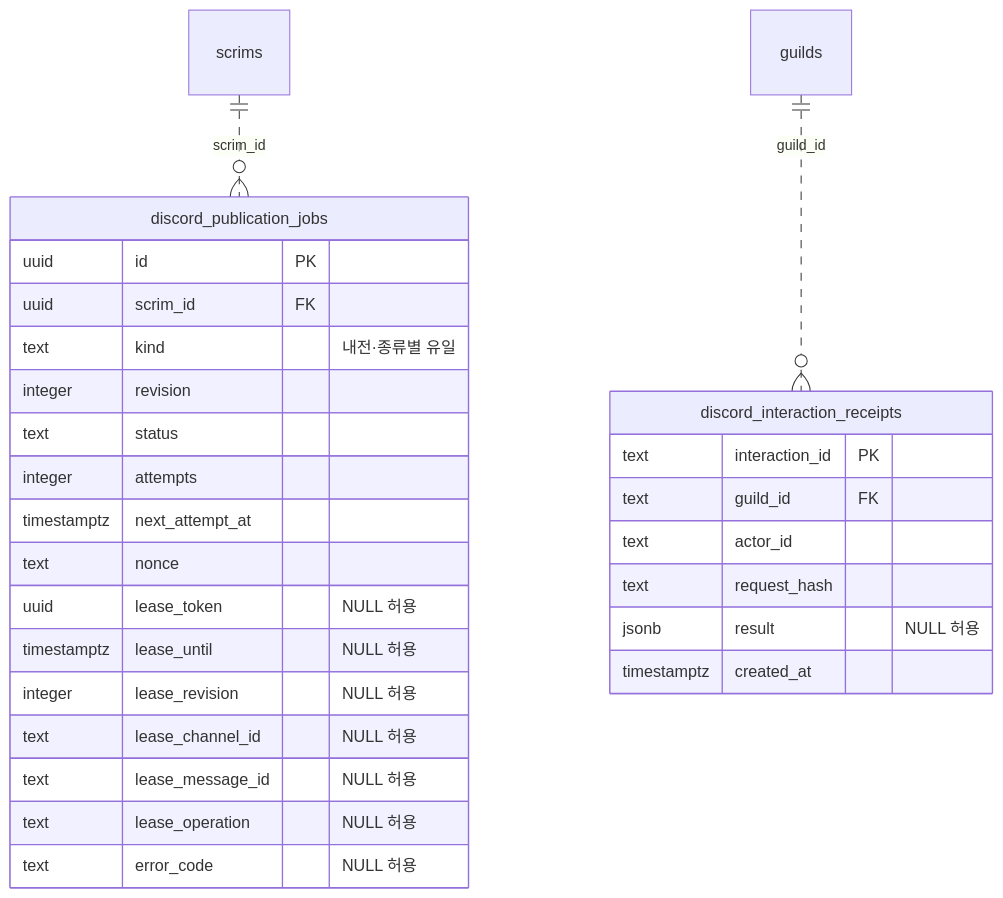
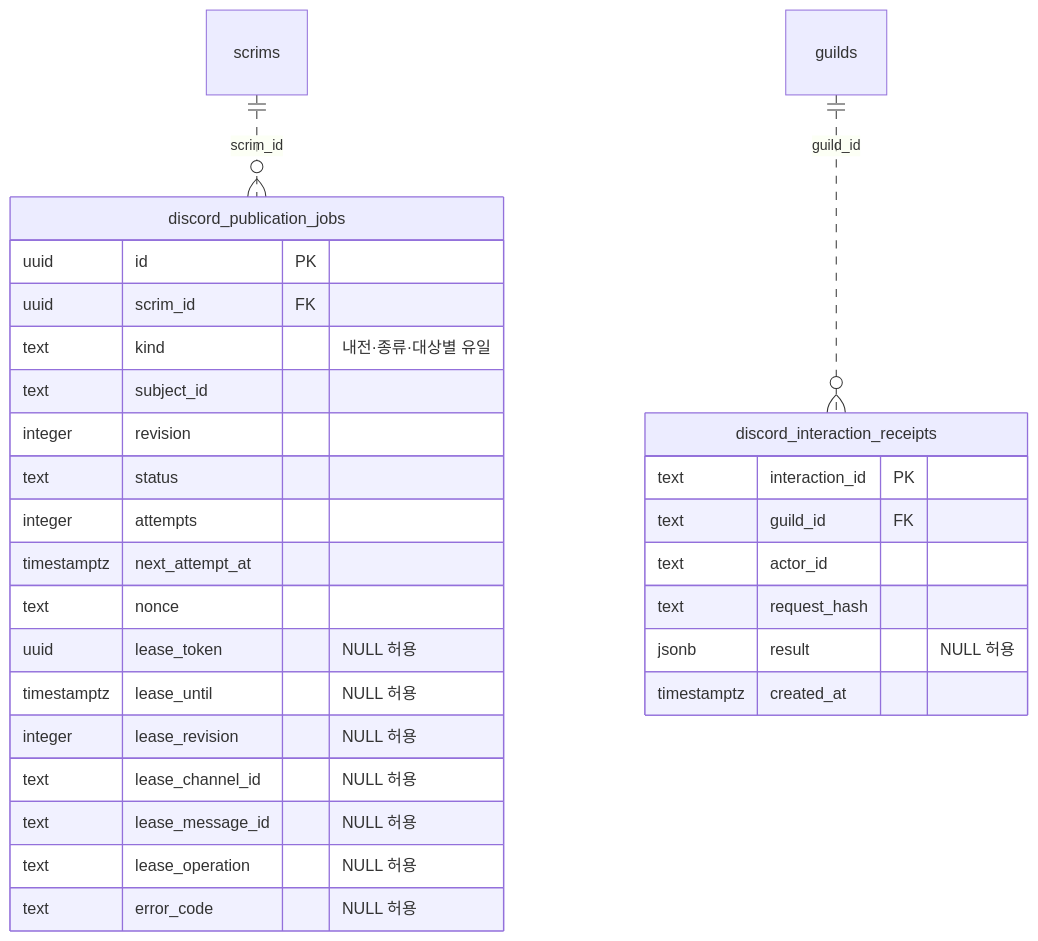
Before and after one commit to Longcat2957/MonkeyScrimManager2: the fifth of 9 diagrams in docs/database-erd.md, drawn with Mermaid. The commit also changed other lines of this file and 67 other files, not shown here.

````diff
--- a/docs/database-erd.md
+++ b/docs/database-erd.md
@@ -363,30 +367,31 @@
 ```mermaid
 erDiagram
     discord_publication_jobs {
         uuid id PK
         uuid scrim_id FK
-        text kind "내전·종류별 유일"
+        text kind "내전·종류·대상별 유일"
+        text subject_id
         integer revision
         text status
         integer attempts
         timestamptz next_attempt_at
         text nonce
         uuid lease_token "NULL 허용"
         timestamptz lease_until "NULL 허용"
         integer lease_revision "NULL 허용"
         text lease_channel_id "NULL 허용"
         text lease_message_id "NULL 허용"
         text lease_operation "NULL 허용"
         text error_code "NULL 허용"
     }
     discord_interaction_receipts {
         text interaction_id PK
         text guild_id FK
         text actor_id
         text request_hash
         jsonb result "NULL 허용"
         timestamptz created_at
     }
     scrims ||..o{ discord_publication_jobs : scrim_id
     guilds ||..o{ discord_interaction_receipts : guild_id
 ```
````
